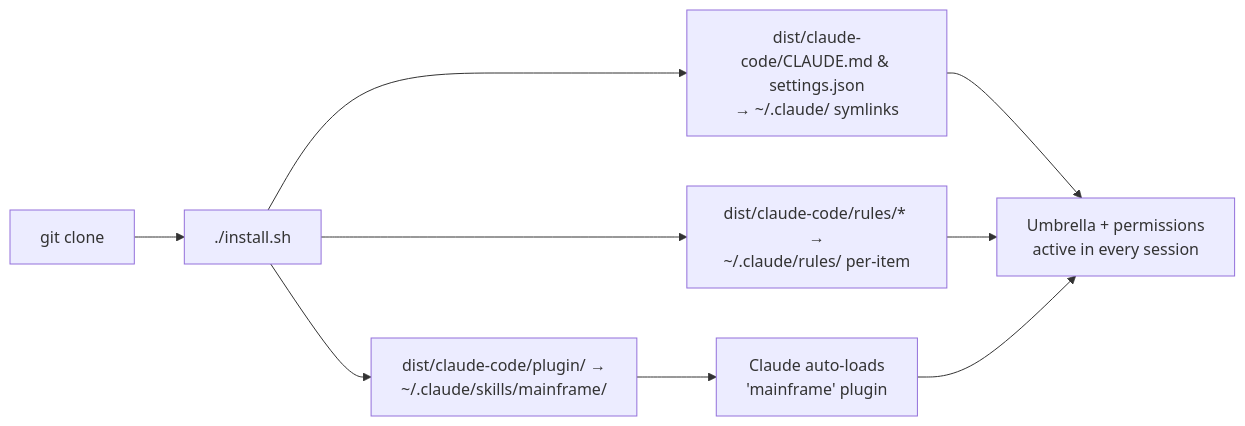
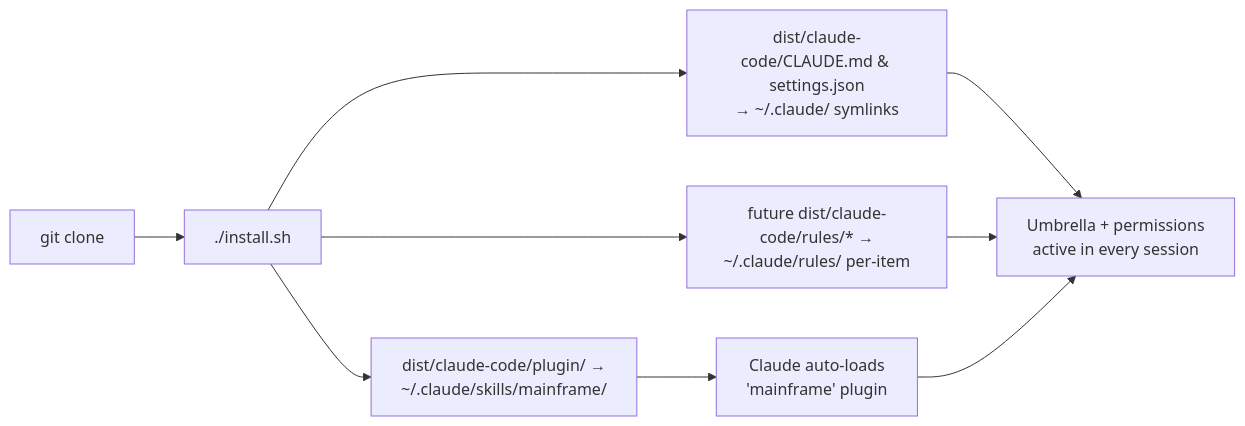
Before and after one commit to CATWILLgh/MAINFRAME: the second of 4 diagrams in README.md, drawn with Mermaid. The commit also changed other lines of this file and 13 other files, not shown here.

````diff
--- a/README.md
+++ b/README.md
@@ -228,11 +265,11 @@
 ```mermaid
 graph LR
     A[git clone] --> B[./install.sh]
     B --> C[dist/claude-code/plugin/ →<br/>~/.claude/skills/mainframe/]
     B --> D[dist/claude-code/CLAUDE.md & settings.json<br/>→ ~/.claude/ symlinks]
-    B --> E[dist/claude-code/rules/* →<br/>~/.claude/rules/ per-item]
+    B --> E[future dist/claude-code/rules/* →<br/>~/.claude/rules/ per-item]
     C --> F[Claude auto-loads<br/>'mainframe' plugin]
     D --> G[Umbrella + permissions<br/>active in every session]
     E --> G
     F --> G
 ```
````
